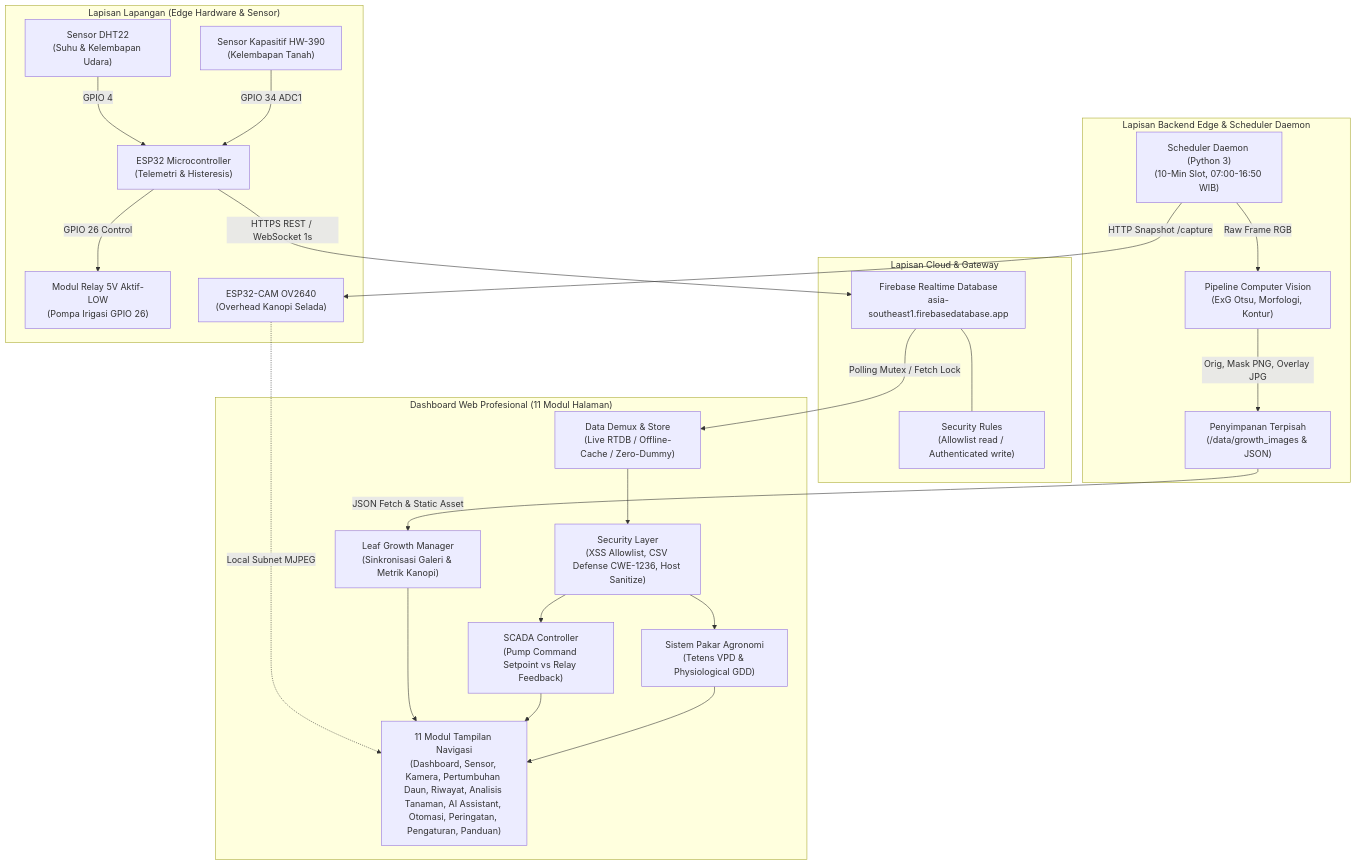
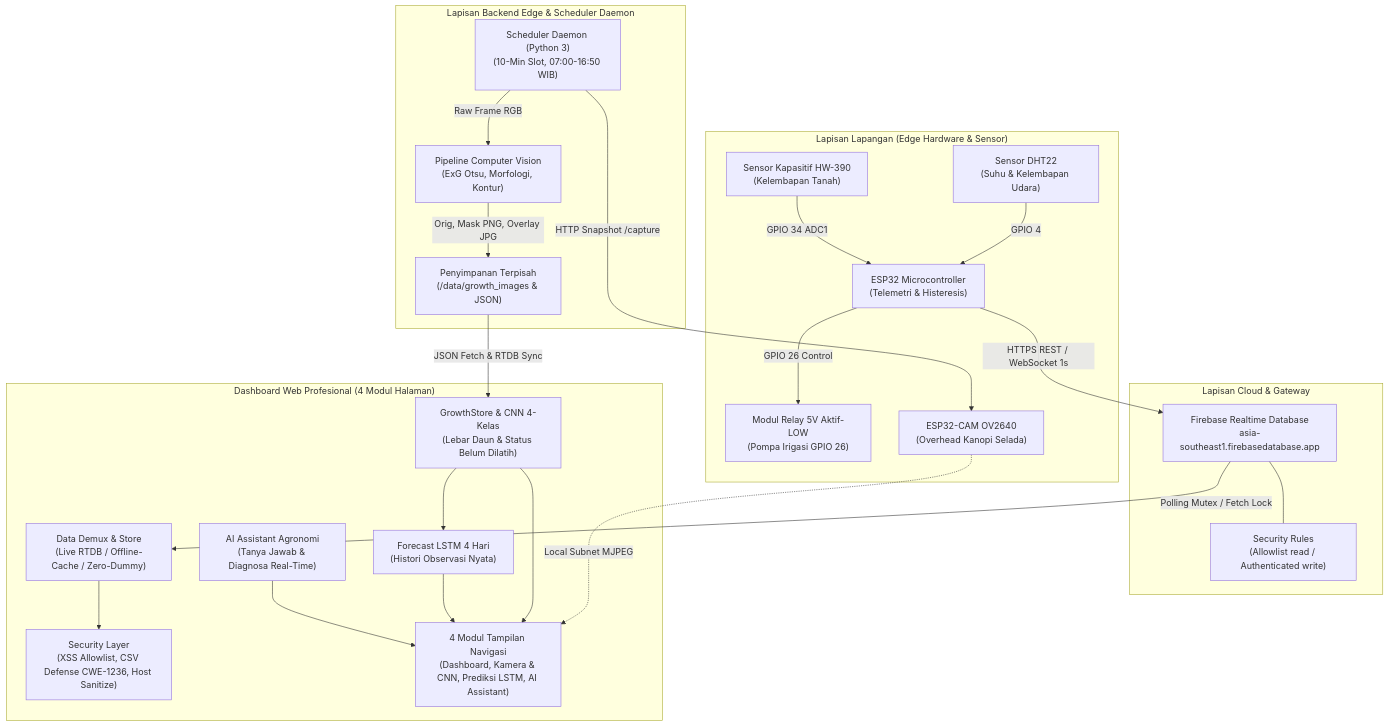
Before and after one commit to aether-asahina/selada-keriting-monitor: the diagram in README.md, drawn with Mermaid. The commit also changed other lines of this file and 26 other files, not shown here.

````diff
--- a/README.md
+++ b/README.md
@@ -26,51 +26,50 @@
 ```mermaid
 flowchart TD
     subgraph Edge_Hardware ["Lapisan Lapangan (Edge Hardware & Sensor)"]
         ESP32["ESP32 Microcontroller<br/>(Telemetri & Histeresis)"]
         DHT22["Sensor DHT22<br/>(Suhu & Kelembapan Udara)"]
         SOIL["Sensor Kapasitif HW-390<br/>(Kelembapan Tanah)"]
         RELAY["Modul Relay 5V Aktif-LOW<br/>(Pompa Irigasi GPIO 26)"]
         CAM["ESP32-CAM OV2640<br/>(Overhead Kanopi Selada)"]
         
         DHT22 -->|GPIO 4| ESP32
         SOIL -->|GPIO 34 ADC1| ESP32
         ESP32 -->|GPIO 26 Control| RELAY
     end
 
     subgraph Edge_Backend ["Lapisan Backend Edge & Scheduler Daemon"]
         SCHED["Scheduler Daemon (Python 3)<br/>(10-Min Slot, 07:00-16:50 WIB)"]
         CV["Pipeline Computer Vision<br/>(ExG Otsu, Morfologi, Kontur)"]
         STORE["Penyimpanan Terpisah<br/>(/data/growth_images & JSON)"]
         
         SCHED -->|HTTP Snapshot /capture| CAM
         SCHED -->|Raw Frame RGB| CV
         CV -->|Orig, Mask PNG, Overlay JPG| STORE
     end
 
     subgraph Cloud_Infrastructure ["Lapisan Cloud & Gateway"]
         RTDB["Firebase Realtime Database<br/>asia-southeast1.firebasedatabase.app"]
         RULES["Security Rules<br/>(Allowlist read / Authenticated write)"]
         
         ESP32 -->|HTTPS REST / WebSocket 1s| RTDB
         RTDB --- RULES
     end
 
-    subgraph Client_App ["Dashboard Web Profesional (11 Modul Halaman)"]
+    subgraph Client_App ["Dashboard Web Profesional (4 Modul Halaman)"]
         SEC["Security Layer<br/>(XSS Allowlist, CSV Defense CWE-1236, Host Sanitize)"]
         ROUTER["Data Demux & Store<br/>(Live RTDB / Offline-Cache / Zero-Dummy)"]
-        GROWTH["Leaf Growth Manager<br/>(Sinkronisasi Galeri & Metrik Kanopi)"]
-        SCADA["SCADA Controller<br/>(Pump Command Setpoint vs Relay Feedback)"]
-        DSS["Sistem Pakar Agronomi<br/>(Tetens VPD & Physiological GDD)"]
-        UI["11 Modul Tampilan Navigasi<br/>(Dashboard, Sensor, Kamera, Pertumbuhan Daun, Riwayat, Analisis Tanaman, AI Assistant, Otomasi, Peringatan, Pengaturan, Panduan)"]
+        GROWTH["GrowthStore & CNN 4-Kelas<br/>(Lebar Daun & Status Belum Dilatih)"]
+        LSTM["Forecast LSTM 4 Hari<br/>(Histori Observasi Nyata)"]
+        AI["AI Assistant Agronomi<br/>(Tanya Jawab & Diagnosa Real-Time)"]
+        UI["4 Modul Tampilan Navigasi<br/>(Dashboard, Kamera & CNN, Prediksi LSTM, AI Assistant)"]
         
         RTDB -->|Polling Mutex / Fetch Lock| ROUTER
-        STORE -->|JSON Fetch & Static Asset| GROWTH
+        STORE -->|JSON Fetch & RTDB Sync| GROWTH
         CAM -.->|Local Subnet MJPEG| UI
         ROUTER --> SEC
-        SEC --> SCADA
-        SEC --> DSS
+        GROWTH --> LSTM
         GROWTH --> UI
-        SCADA --> UI
-        DSS --> UI
+        LSTM --> UI
+        AI --> UI
     end
 ```
````
